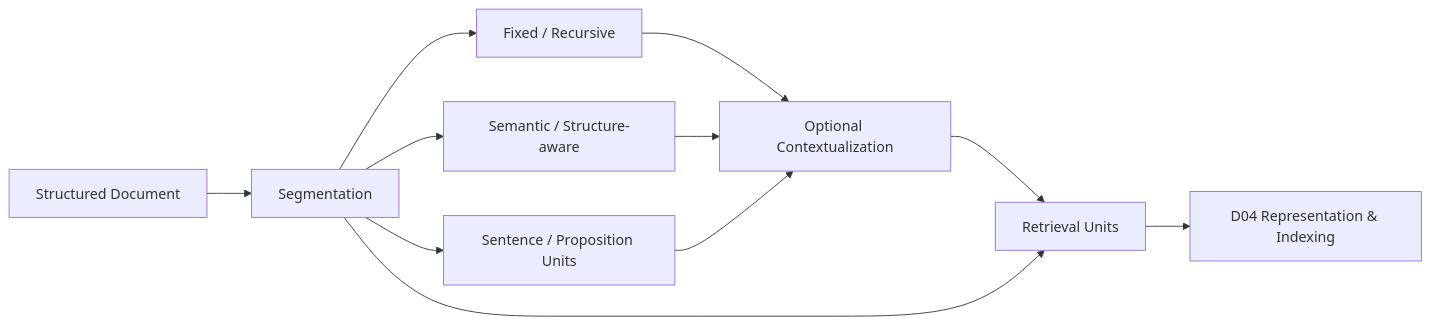
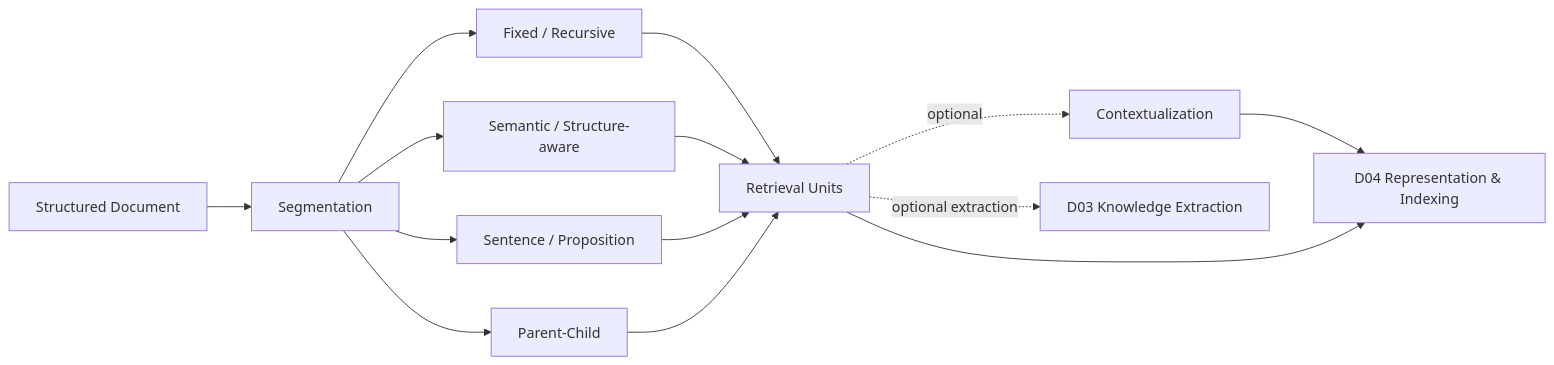
One commit to Cycl0n3-ga/RAG-survey changed the diagram in 02 - 研究領域專題 (Research Domains)/Domain 02 - Segmentation & Contextualization.md. Above: the diagram before and after it, drawn with Mermaid. The commit also changed other lines of this file and 1 other file, not shown here.

````diff
--- a/02 - 研究領域專題 (Research Domains)/Domain 02 - Segmentation & Contextualization.md
+++ b/02 - 研究領域專題 (Research Domains)/Domain 02 - Segmentation & Contextualization.md
@@ -19,13 +15,16 @@
 ```mermaid
 flowchart LR
     DOC["Structured Document"] --> SEG["Segmentation"]
     SEG --> FIX["Fixed / Recursive"]
     SEG --> SEM["Semantic / Structure-aware"]
-    SEG --> PROP["Sentence / Proposition Units"]
-    FIX --> CTX["Optional Contextualization"]
-    SEM --> CTX
-    PROP --> CTX
-    CTX --> UNIT["Retrieval Units"]
-    SEG --> UNIT
-    UNIT --> D04["D04 Representation & Indexing"]
+    SEG --> FINE["Sentence / Proposition"]
+    SEG --> PC["Parent-Child"]
+    FIX --> U["Retrieval Units"]
+    SEM --> U
+    FINE --> U
+    PC --> U
+    U -. "optional" .-> C["Contextualization"]
+    C --> D04["D04 Representation & Indexing"]
+    U --> D04
+    U -. "optional extraction" .-> D03["D03 Knowledge Extraction"]
 ```
````
